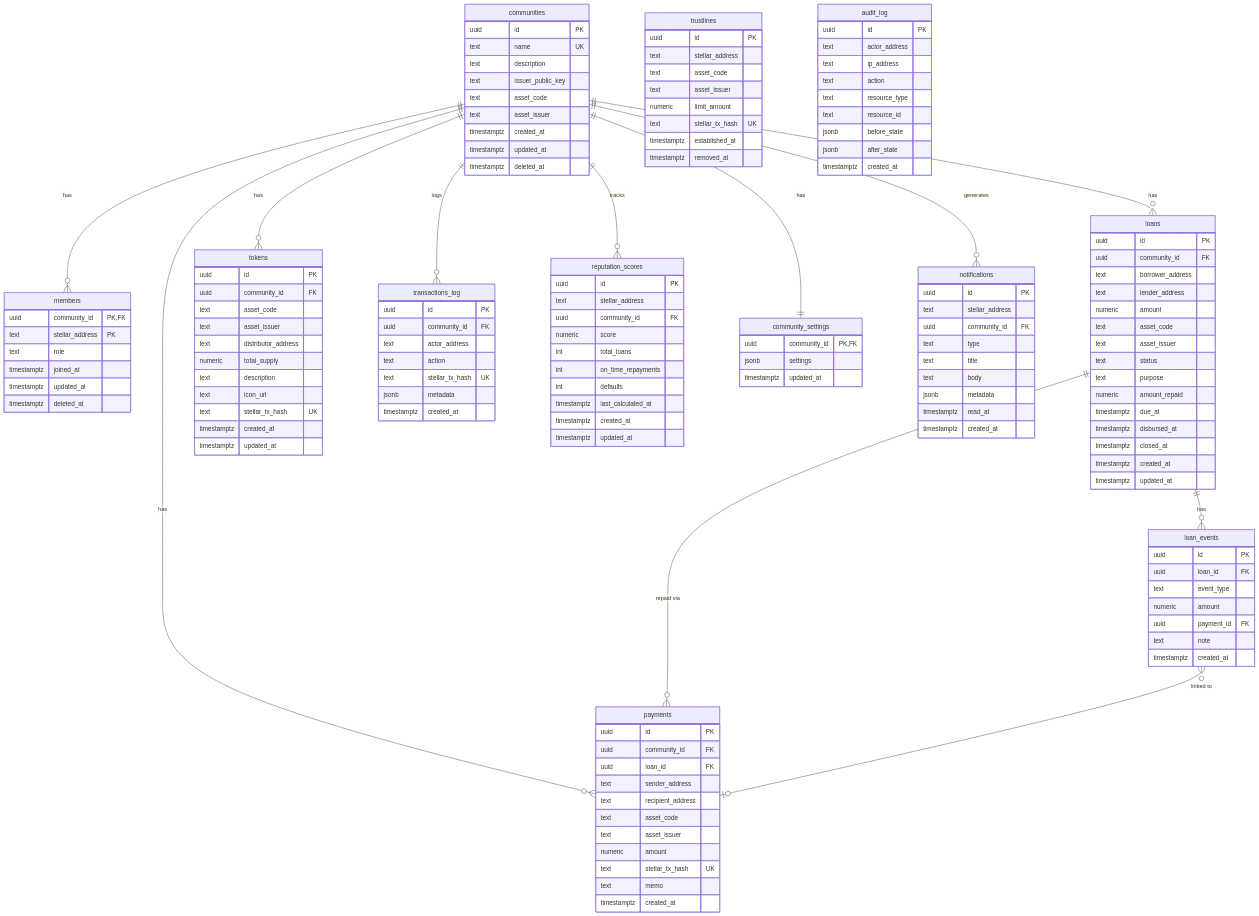
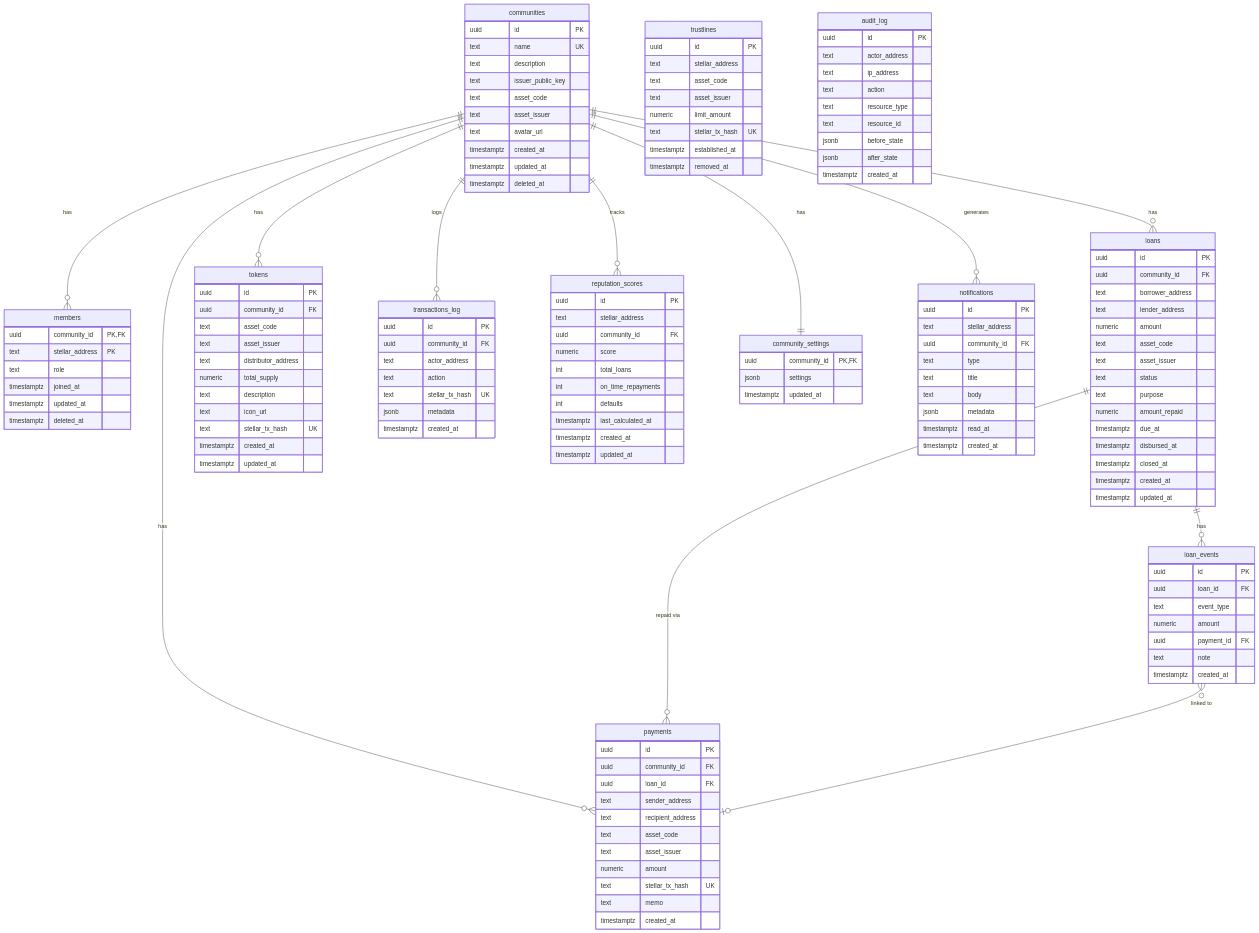
The diagram in docs/database.md (BigNathan1/CoopLumen), drawn with Mermaid before and after one commit. The commit also changed other lines of this file and 5 other files, not shown here.

First line of the commit message:
feat(db): add 002_create_communities.sql with the full communities schema (#106)

```diff
--- a/docs/database.md
+++ b/docs/database.md
@@ -15,6 +15,7 @@
     text issuer_public_key
     text asset_code
     text asset_issuer
+    text avatar_url
     timestamptz created_at
     timestamptz updated_at
     timestamptz deleted_at
```
